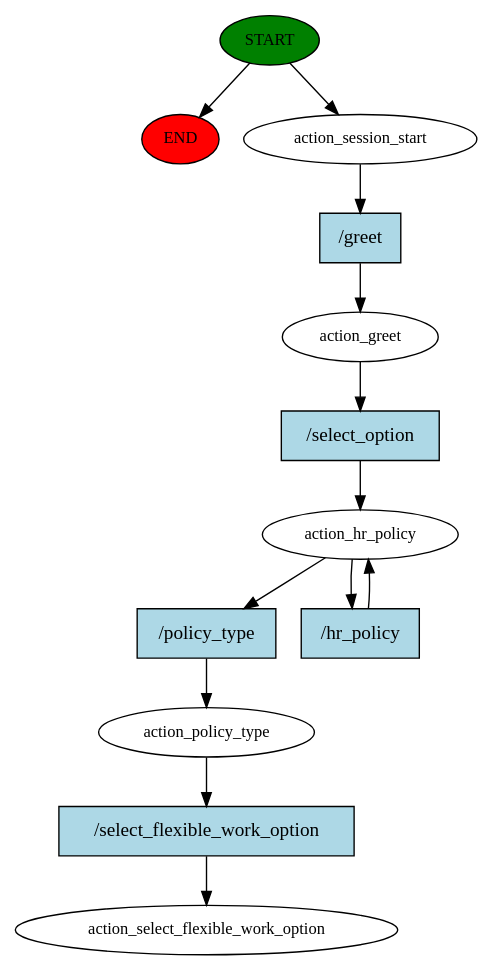
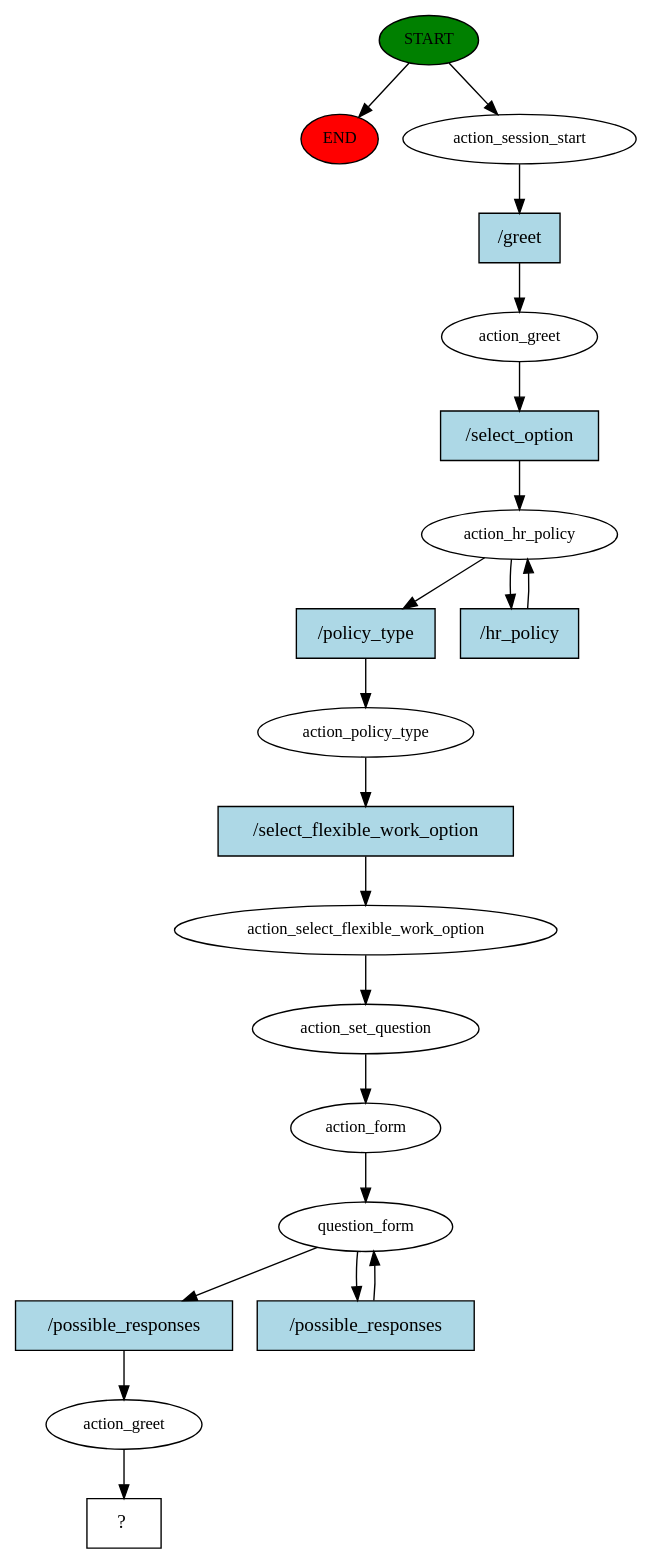
The diagram in story_graph.dot (AIAnupSHrestha/amelia-chatbot), drawn with Graphviz before and after one commit. The commit also changed 6 other files, not shown here.

Commit message:
fixed flow of form

```diff
--- a/story_graph.dot
+++ b/story_graph.dot
@@ -1,26 +1,41 @@
 digraph  {
 0 [class="start active", fillcolor=green, fontsize=12, label=START, style=filled];
 "-1" [class=end, fillcolor=red, fontsize=12, label=END, style=filled];
 1 [class=active, fontsize=12, label=action_session_start];
 2 [class=active, fontsize=12, label=action_greet];
 3 [class=active, fontsize=12, label=action_hr_policy];
 5 [class=active, fontsize=12, label=action_policy_type];
-6 [class="dashed active", fontsize=12, label=action_select_flexible_work_option];
-7 [class="intent active", fillcolor=lightblue, label="/greet", shape=rect, style=filled];
-8 [class="intent active", fillcolor=lightblue, label="/select_option", shape=rect, style=filled];
-9 [class="intent active", fillcolor=lightblue, label="/policy_type", shape=rect, style=filled];
-10 [class="intent active", fillcolor=lightblue, label="/hr_policy", shape=rect, style=filled];
-11 [class="intent active", fillcolor=lightblue, label="/select_flexible_work_option", shape=rect, style=filled];
+6 [class=active, fontsize=12, label=action_select_flexible_work_option];
+7 [class=active, fontsize=12, label=action_set_question];
+8 [class=active, fontsize=12, label=action_form];
+9 [class=active, fontsize=12, label=question_form];
+11 [class=active, fontsize=12, label=action_greet];
+12 [class="intent dashed active", label="  ?  ", shape=rect];
+13 [class="intent active", fillcolor=lightblue, label="/greet", shape=rect, style=filled];
+14 [class="intent active", fillcolor=lightblue, label="/select_option", shape=rect, style=filled];
+15 [class="intent active", fillcolor=lightblue, label="/policy_type", shape=rect, style=filled];
+16 [class="intent active", fillcolor=lightblue, label="/hr_policy", shape=rect, style=filled];
+17 [class="intent active", fillcolor=lightblue, label="/select_flexible_work_option", shape=rect, style=filled];
+18 [class="intent active", fillcolor=lightblue, label="/possible_responses", shape=rect, style=filled];
+19 [class="intent active", fillcolor=lightblue, label="/possible_responses", shape=rect, style=filled];
 0 -> "-1"  [class="", key=NONE, label=""];
 0 -> 1  [class=active, key=NONE, label=""];
-1 -> 7  [class=active, key=0];
-2 -> 8  [class=active, key=0];
-3 -> 9  [class=active, key=0];
-3 -> 10  [class=active, key=0];
-5 -> 11  [class=active, key=0];
-7 -> 2  [class=active, key=0];
-8 -> 3  [class=active, key=0];
-9 -> 5  [class=active, key=0];
-10 -> 3  [class=active, key=0];
-11 -> 6  [class=active, key=0];
+1 -> 13  [class=active, key=0];
+2 -> 14  [class=active, key=0];
+3 -> 15  [class=active, key=0];
+3 -> 16  [class=active, key=0];
+5 -> 17  [class=active, key=0];
+6 -> 7  [class=active, key=NONE, label=""];
+7 -> 8  [class=active, key=NONE, label=""];
+8 -> 9  [class=active, key=NONE, label=""];
+9 -> 18  [class=active, key=0];
+9 -> 19  [class=active, key=0];
+11 -> 12  [class=active, key=NONE, label=""];
+13 -> 2  [class=active, key=0];
+14 -> 3  [class=active, key=0];
+15 -> 5  [class=active, key=0];
+16 -> 3  [class=active, key=0];
+17 -> 6  [class=active, key=0];
+18 -> 11  [class=active, key=0];
+19 -> 9  [class=active, key=0];
 }
```
